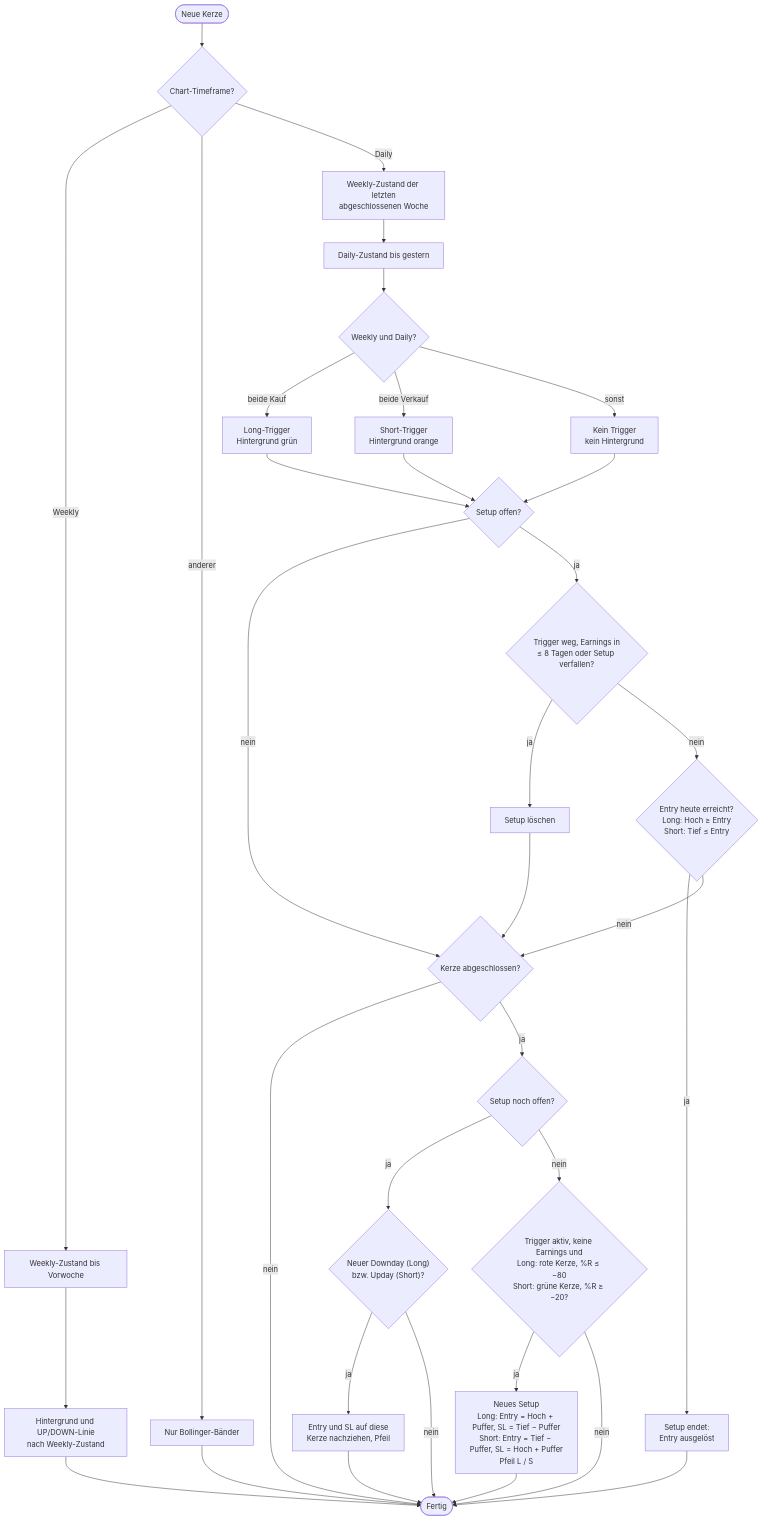
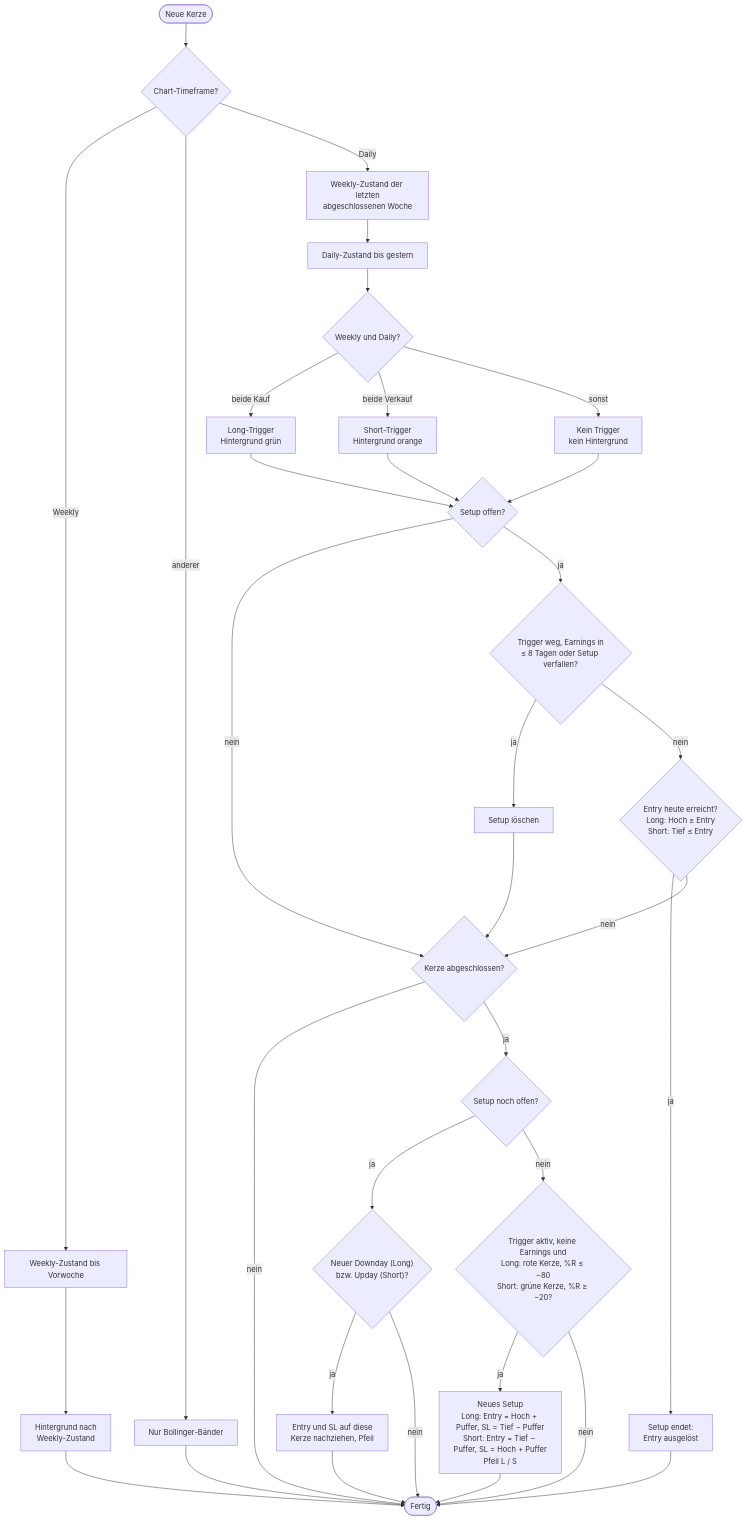
One commit to bbccd/AKJ2 changed the second of 2 diagrams in README.md. Above: the diagram before and after it, drawn with Mermaid. The commit also changed other lines of this file and 2 other files, not shown here.

Commit message:
UP/DOWN-Labels und senkrechte Weekly-Linien entfernt
Lassen sich in Pine nicht zuverlässig auf die Grenze zwischen zwei Kerzen
legen; die Grenze zeigt bereits der Hintergrund. Setting entfernt,
Alerts für Weekly UP/DOWN bleiben. README und CLAUDE.md angepasst.

````diff
--- a/README.md
+++ b/README.md
@@ -37,39 +36,39 @@
 ```mermaid
 flowchart TD
     Start(["Neue Kerze"]) --> TF{"Chart-Timeframe?"}
     TF -- "Weekly" --> W1["Weekly-Zustand bis Vorwoche"]
-    W1 --> W2["Hintergrund und UP/DOWN-Linie<br/>nach Weekly-Zustand"]
+    W1 --> W2["Hintergrund nach<br/>Weekly-Zustand"]
     W2 --> Ende(["Fertig"])
     TF -- "anderer" --> X["Nur Bollinger-Bänder"]
     X --> Ende
 
     TF -- "Daily" --> D1["Weekly-Zustand der letzten<br/>abgeschlossenen Woche"]
     D1 --> D2["Daily-Zustand bis gestern"]
     D2 --> T{"Weekly und Daily?"}
     T -- "beide Kauf" --> TL["Long-Trigger<br/>Hintergrund grün"]
     T -- "beide Verkauf" --> TS["Short-Trigger<br/>Hintergrund orange"]
     T -- "sonst" --> TN["Kein Trigger<br/>kein Hintergrund"]
     TL --> O
     TS --> O
     TN --> O
 
     O{"Setup offen?"} -- "nein" --> K
     O -- "ja" --> C{"Trigger weg, Earnings in<br/>≤ 8 Tagen oder Setup verfallen?"}
     C -- "ja" --> CX["Setup löschen"]
     CX --> K
     C -- "nein" --> F{"Entry heute erreicht?<br/>Long: Hoch ≥ Entry<br/>Short: Tief ≤ Entry"}
     F -- "ja" --> FX["Setup endet:<br/>Entry ausgelöst"]
     FX --> Ende
     F -- "nein" --> K
 
     K{"Kerze abgeschlossen?"} -- "nein" --> Ende
     K -- "ja" --> M{"Setup noch offen?"}
     M -- "ja" --> MV{"Neuer Downday (Long)<br/>bzw. Upday (Short)?"}
     MV -- "ja" --> MVX["Entry und SL auf diese<br/>Kerze nachziehen, Pfeil"]
     MV -- "nein" --> Ende
     MVX --> Ende
     M -- "nein" --> NS{"Trigger aktiv, keine Earnings und<br/>Long: rote Kerze, %R ≤ −80<br/>Short: grüne Kerze, %R ≥ −20?"}
     NS -- "ja" --> NSX["Neues Setup<br/>Long: Entry = Hoch + Puffer, SL = Tief − Puffer<br/>Short: Entry = Tief − Puffer, SL = Hoch + Puffer<br/>Pfeil L / S"]
     NS -- "nein" --> Ende
     NSX --> Ende
 ```
````
